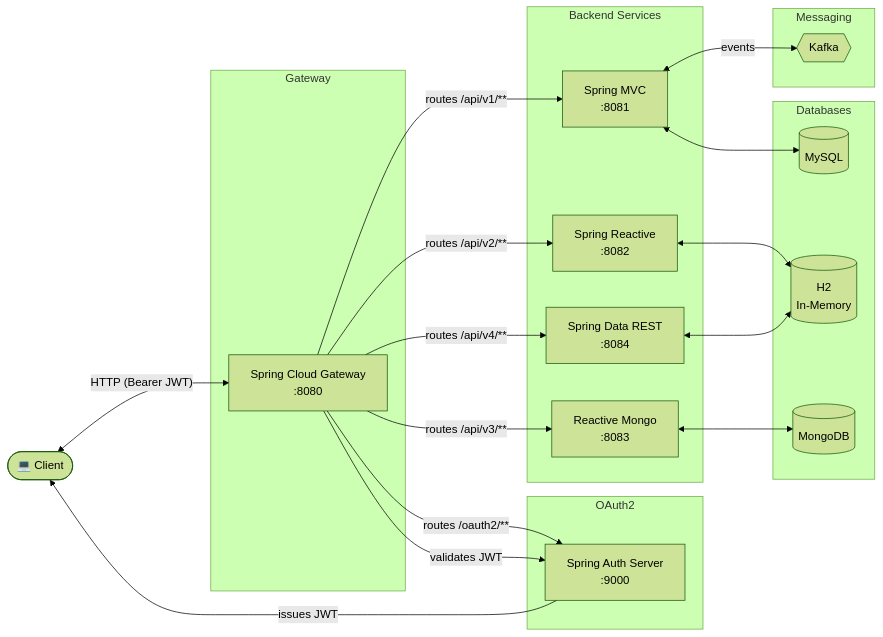
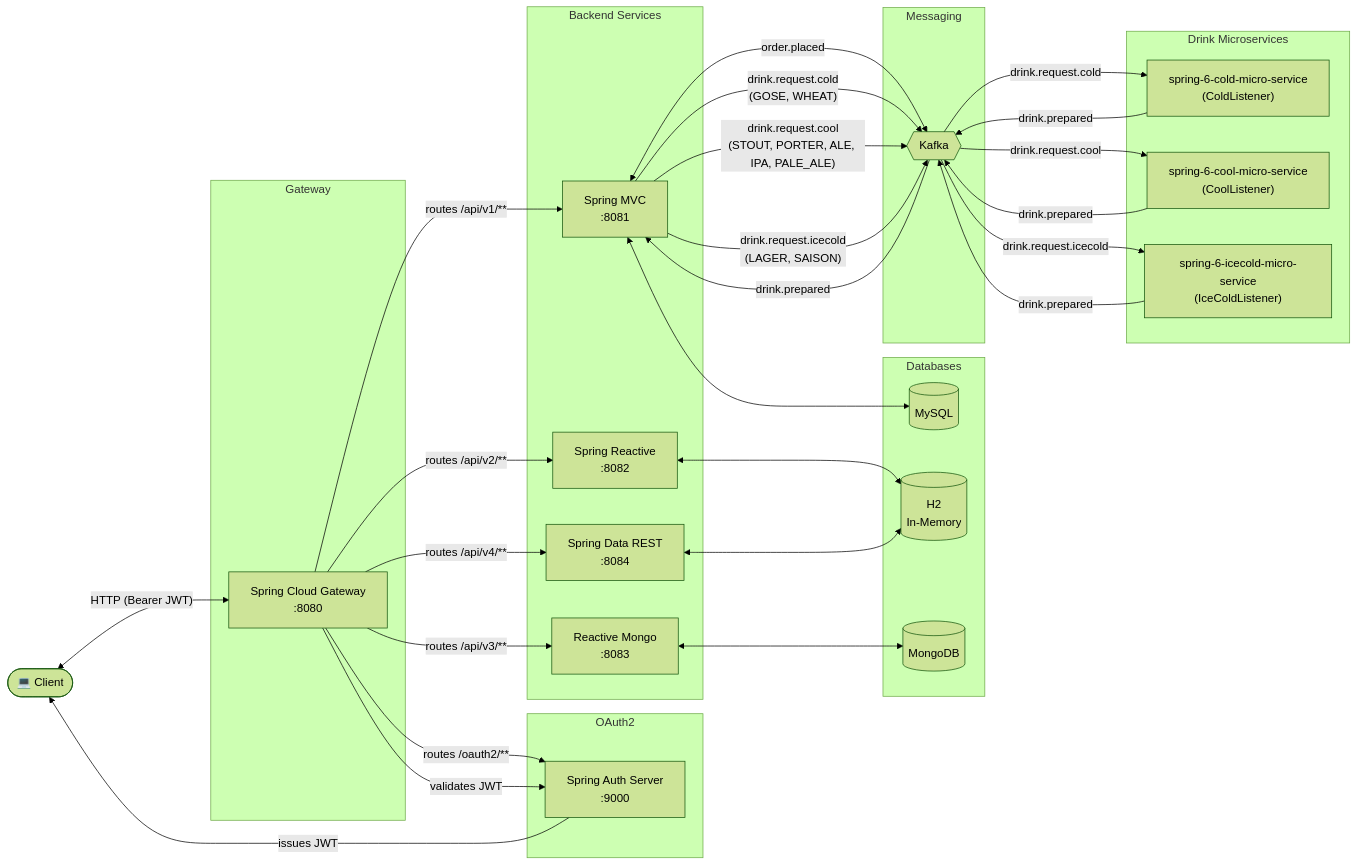
One commit to dboeckli/spring-6-gateway changed the diagram in README.md. Above: the diagram before and after it, drawn with Mermaid (forest theme). The commit also changed other lines of this file and 8 other files, not shown here.

````diff
--- a/README.md
+++ b/README.md
@@ -24,43 +24,59 @@
 ```mermaid
 graph LR
     Client(["💻 Client"])
 
     subgraph OAuth2 ["OAuth2"]
         AuthServer["Spring Auth Server\n:9000"]
     end
 
     subgraph Gateway ["Gateway"]
         GW["Spring Cloud Gateway\n:8080"]
     end
 
     subgraph Backends ["Backend Services"]
         MVC["Spring MVC\n:8081"]
         Reactive["Spring Reactive\n:8082"]
         ReactiveMongo["Reactive Mongo\n:8083"]
         DataRest["Spring Data REST\n:8084"]
     end
 
     subgraph Databases ["Databases"]
         MySQL[("MySQL")]
         H2[("H2\nIn-Memory")]
         MongoDB[("MongoDB")]
     end
 
     subgraph Messaging ["Messaging"]
         Kafka{{"Kafka"}}
     end
 
+    subgraph Drinks ["Drink Microservices"]
+        Cold["spring-6-cold-micro-service\n(ColdListener)"]
+        Cool["spring-6-cool-micro-service\n(CoolListener)"]
+        IceCold["spring-6-icecold-micro-service\n(IceColdListener)"]
+    end
+
     AuthServer -->|"issues JWT"| Client
     Client <-->|"HTTP (Bearer JWT)"| GW
     GW -->|"routes /oauth2/**"| AuthServer
     GW -->|"routes /api/v1/**"| MVC
     GW -->|"routes /api/v2/**"| Reactive
     GW -->|"routes /api/v3/**"| ReactiveMongo
     GW -->|"routes /api/v4/**"| DataRest
     GW -->|"validates JWT"| AuthServer
     MVC <--> MySQL
-    MVC <-->|"events"| Kafka
+    MVC <-->|"order.placed"| Kafka
+    MVC -->|"drink.request.cold\n(GOSE, WHEAT)"| Kafka
+    MVC -->|"drink.request.cool\n(STOUT, PORTER, ALE, IPA, PALE_ALE)"| Kafka
+    MVC -->|"drink.request.icecold\n(LAGER, SAISON)"| Kafka
+    Kafka -->|"drink.request.cold"| Cold
+    Kafka -->|"drink.request.cool"| Cool
+    Kafka -->|"drink.request.icecold"| IceCold
+    Cold -->|"drink.prepared"| Kafka
+    Cool -->|"drink.prepared"| Kafka
+    IceCold -->|"drink.prepared"| Kafka
+    Kafka -->|"drink.prepared"| MVC
     Reactive <--> H2
     DataRest <--> H2
     ReactiveMongo <--> MongoDB
 ```
````
